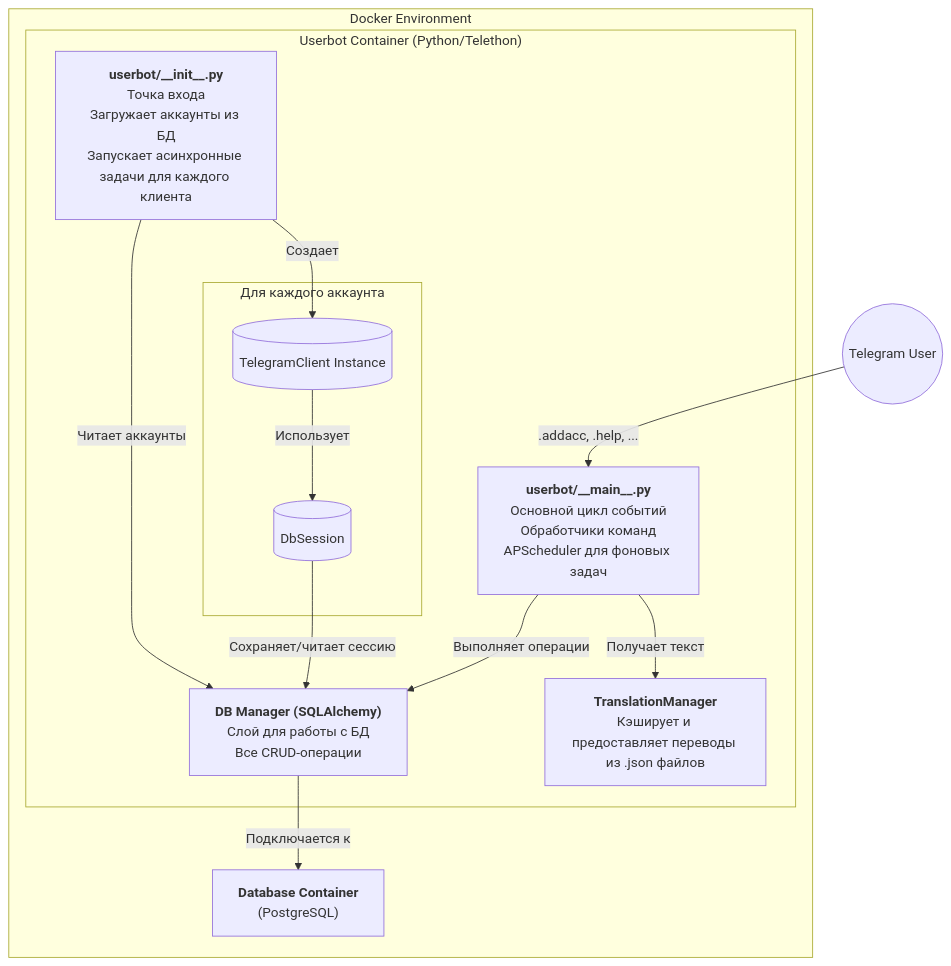
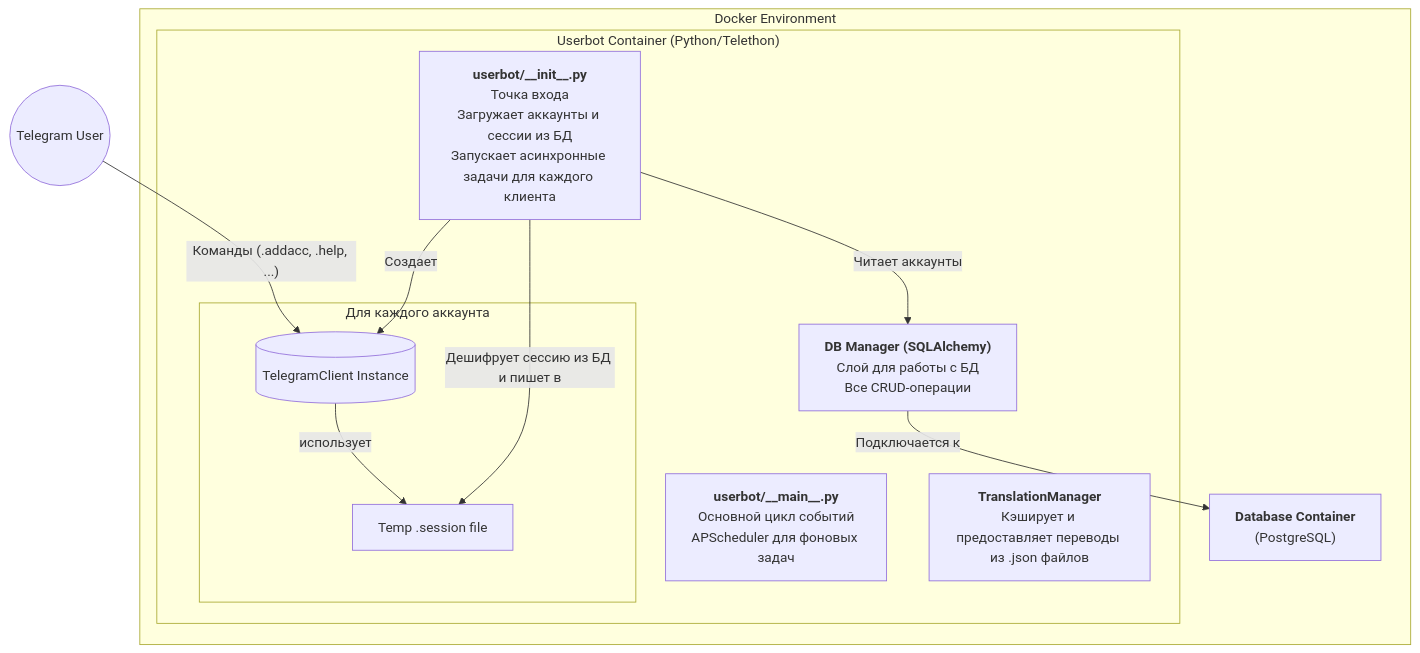
One commit to DeBotCommunity/DeBot changed the diagram in docs/system-architecture/overview.md. Above: the diagram before and after it, drawn with Mermaid. The commit also changed other lines of this file and 9 other files, not shown here.

````diff
--- a/docs/system-architecture/overview.md
+++ b/docs/system-architecture/overview.md
@@ -5,27 +5,24 @@
 ```mermaid
 graph TD
     subgraph "Docker Environment"
         subgraph "Userbot Container (Python/Telethon)"
-            Init["<b>userbot/__init__.py</b><br>Точка входа<br>Загружает аккаунты из БД<br>Запускает асинхронные задачи для каждого клиента"]
-            Main["<b>userbot/__main__.py</b><br>Основной цикл событий<br>Обработчики команд<br>APScheduler для фоновых задач"]
+            Init["<b>userbot/__init__.py</b><br>Точка входа<br>Загружает аккаунты и сессии из БД<br>Запускает асинхронные задачи для каждого клиента"]
+            Main["<b>userbot/__main__.py</b><br>Основной цикл событий<br>APScheduler для фоновых задач"]
             DBManager["<b>DB Manager (SQLAlchemy)</b><br>Слой для работы с БД<br>Все CRUD-операции"]
             Locales["<b>TranslationManager</b><br>Кэширует и предоставляет переводы из .json файлов"]
             
             subgraph "Для каждого аккаунта"
-                Client[("TelegramClient Instance")]
-                Session[("DbSession")]
+                TempSession["Temp .session file"]
+                Client[("TelegramClient Instance")] -- "использует" --> TempSession
             end
         end
 
         DBContainer["<b>Database Container</b><br>(PostgreSQL)"]
     end
 
-    User((Telegram User)) -- ".addacc, .help, ..." --> Main
+    User((Telegram User)) -- "Команды (.addacc, .help, ...)" --> Client
     Init -- "Читает аккаунты" --> DBManager
     Init -- "Создает" --> Client
-    Client -- "Использует" --> Session
-    Main -- "Выполняет операции" --> DBManager
-    Main -- "Получает текст" --> Locales
-    Session -- "Сохраняет/читает сессию" --> DBManager
+    Init -- "Дешифрует сессию из БД и пишет в" --> TempSession
     DBManager -- "Подключается к" --> DBContainer
 ```
````
